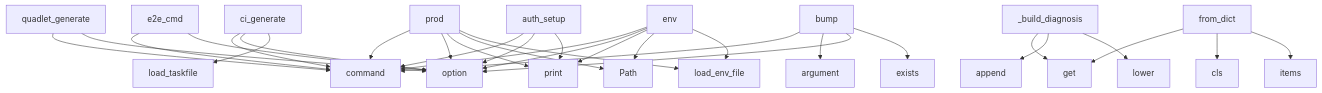
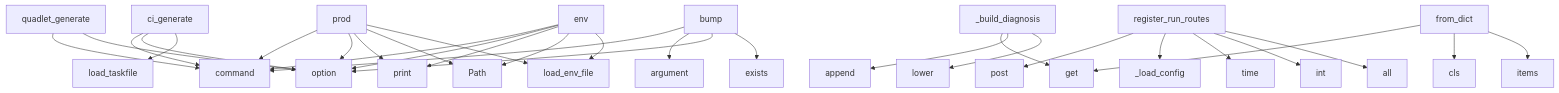
One commit to pyfunc/taskfile changed the diagram in project/context.md. Above: the diagram before and after it, drawn with Mermaid. The commit also changed other lines of this file and 47 other files, not shown here.

````diff
--- a/project/context.md
+++ b/project/context.md
@@ -747,33 +747,33 @@
 ```mermaid
 graph TD
     prod --> command
     prod --> option
     prod --> print
     prod --> Path
     prod --> load_env_file
     ci_generate --> command
     ci_generate --> option
     ci_generate --> load_taskfile
     _build_diagnosis --> get
     _build_diagnosis --> append
     _build_diagnosis --> lower
     quadlet_generate --> command
     quadlet_generate --> option
+    register_run_routes --> post
+    register_run_routes --> _load_config
+    register_run_routes --> time
+    register_run_routes --> int
+    register_run_routes --> all
     from_dict --> get
     from_dict --> cls
     from_dict --> items
     env --> command
     env --> option
     env --> print
     env --> Path
     env --> load_env_file
     bump --> command
     bump --> argument
     bump --> option
     bump --> exists
-    e2e_cmd --> command
-    e2e_cmd --> option
-    auth_setup --> command
-    auth_setup --> option
-    auth_setup --> print
 ```
````
